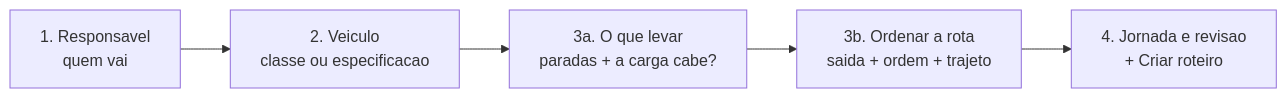
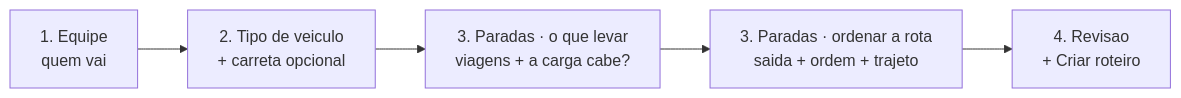
The first of 2 diagrams in logistica/planejando-o-roteiro.md (LocFlowTeam/locflow-docs), drawn with Mermaid before and after one commit. The commit also changed other lines of this file and 4 other files, not shown here.

````diff
--- a/logistica/planejando-o-roteiro.md
+++ b/logistica/planejando-o-roteiro.md
@@ -27,7 +31,7 @@
 ```mermaid
 flowchart LR
-    P1[1. Responsavel<br/>quem vai] --> P2[2. Veiculo<br/>classe ou especificacao]
-    P2 --> P3a[3a. O que levar<br/>paradas + a carga cabe?]
-    P3a --> P3b[3b. Ordenar a rota<br/>saida + ordem + trajeto]
-    P3b --> P4[4. Jornada e revisao<br/>+ Criar roteiro]
+    P1[1. Equipe<br/>quem vai] --> P2[2. Tipo de veiculo<br/>+ carreta opcional]
+    P2 --> P3a[3. Paradas · o que levar<br/>viagens + a carga cabe?]
+    P3a --> P3b[3. Paradas · ordenar a rota<br/>saida + ordem + trajeto]
+    P3b --> P4[4. Revisao<br/>+ Criar roteiro]
 ```
````
